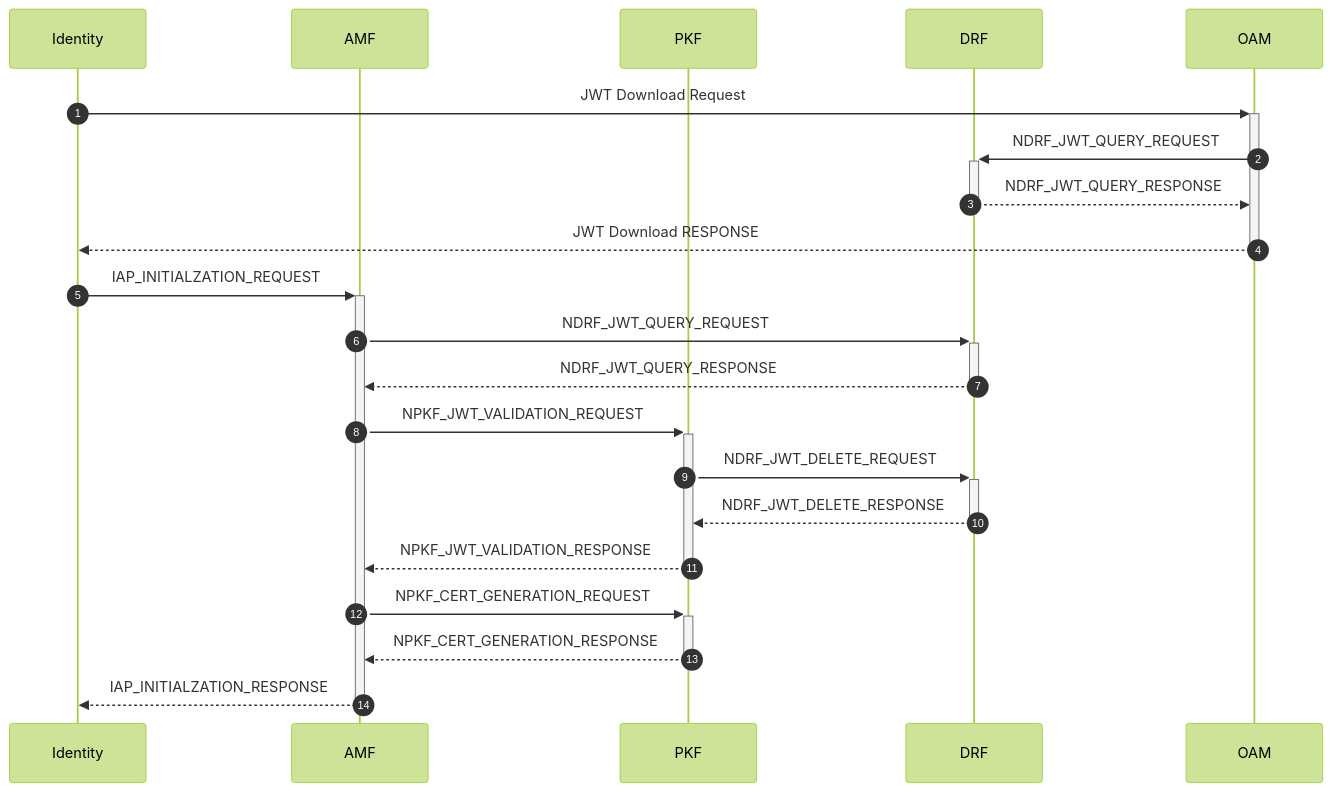
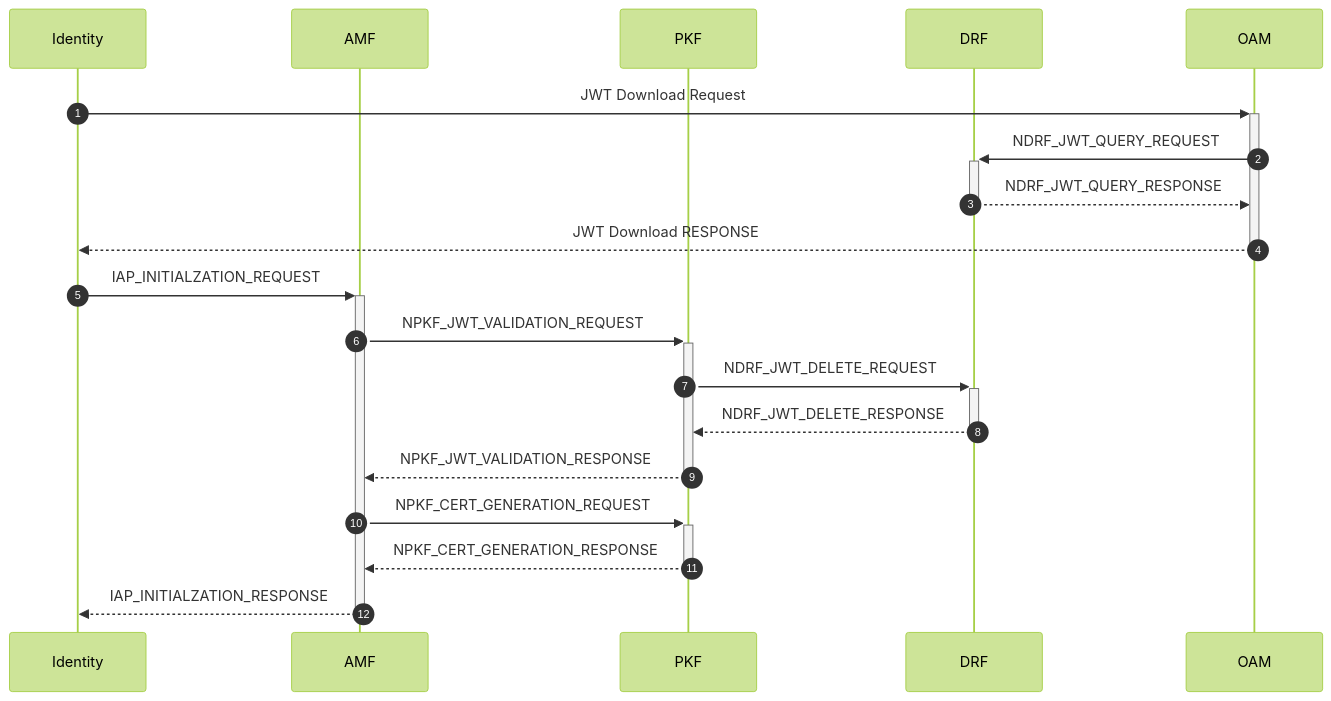
The sixth of 23 diagrams in doc/doc-spec/00-series-general/00.002-procedure.md (veil-link/veilink), drawn with Mermaid (forest theme) before and after one commit. The commit also changed other lines of this file and 1 other file, not shown here.

````diff
--- a/doc/doc-spec/00-series-general/00.002-procedure.md
+++ b/doc/doc-spec/00-series-general/00.002-procedure.md
@@ -139,26 +139,24 @@
 ```mermaid
 sequenceDiagram
     autonumber
 
     participant id as Identity
     participant amf as AMF
     participant pkf as PKF
     participant drf as DRF
     participant oam as OAM
 
     id ->>+ oam: JWT Download Request
     oam ->>+ drf: NDRF_JWT_QUERY_REQUEST
     drf -->>- oam: NDRF_JWT_QUERY_RESPONSE
     oam -->>- id: JWT Download RESPONSE
 
     id ->>+ amf: IAP_INITIALZATION_REQUEST
-    amf ->>+ drf: NDRF_JWT_QUERY_REQUEST
-    drf -->>- amf: NDRF_JWT_QUERY_RESPONSE
     amf ->>+ pkf: NPKF_JWT_VALIDATION_REQUEST
     pkf ->>+ drf: NDRF_JWT_DELETE_REQUEST
     drf -->>- pkf: NDRF_JWT_DELETE_RESPONSE
     pkf -->>- amf: NPKF_JWT_VALIDATION_RESPONSE
     amf ->>+ pkf: NPKF_CERT_GENERATION_REQUEST
     pkf -->>- amf: NPKF_CERT_GENERATION_RESPONSE
     amf -->>- id: IAP_INITIALZATION_RESPONSE
 ```
````
